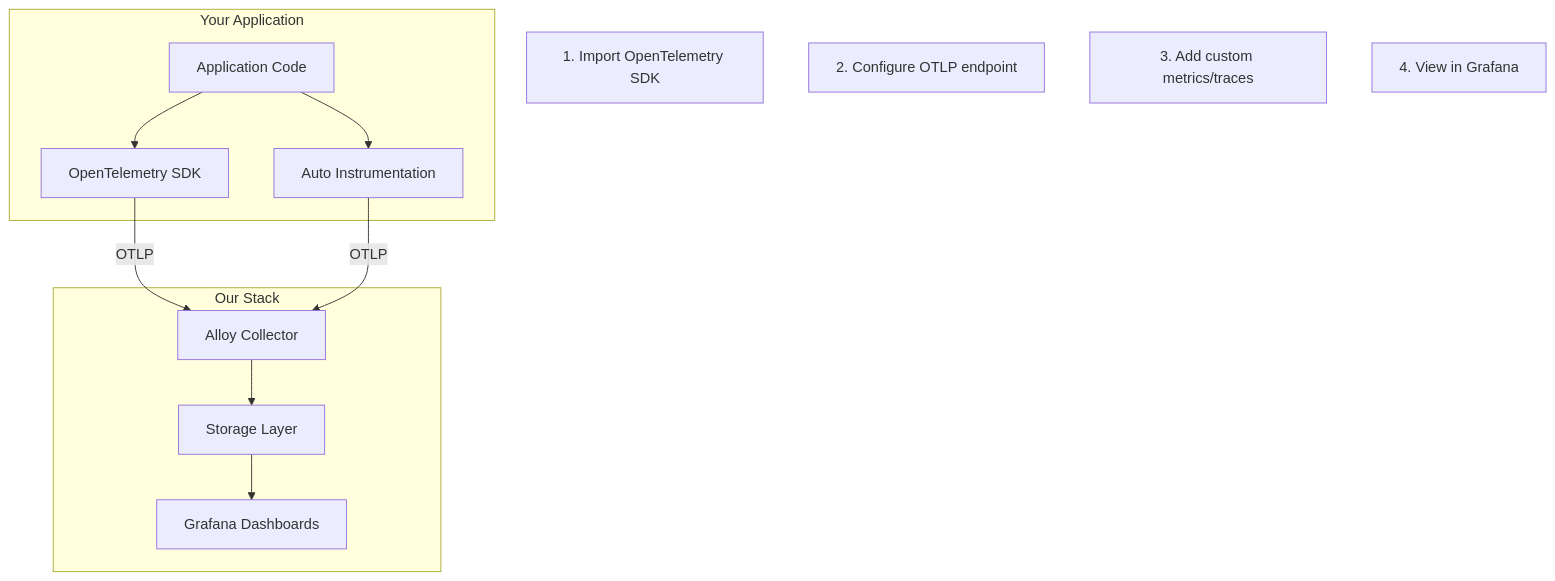
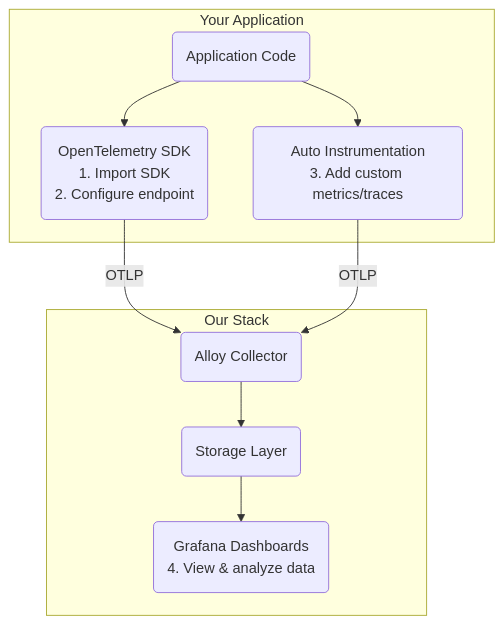
One commit to VBao/monitoring-stack changed the fifth of 6 diagrams in README.md. Above: the diagram before and after it, drawn with Mermaid. The commit also changed other lines of this file, not shown here.

Commit message:
refactor(docs): update application integration flowchart and add integration steps for OpenTelemetry

````diff
--- a/README.md
+++ b/README.md
@@ -170,26 +170,21 @@
 ```mermaid
-graph TB
+flowchart TB
     subgraph "Your Application"
-        Code[Application Code]
-        SDK[OpenTelemetry SDK]
-        Instr[Auto Instrumentation]
+        Code("Application Code")
+        SDK("OpenTelemetry SDK<br>1. Import SDK<br>2. Configure endpoint")
+        Instr("Auto Instrumentation<br>3. Add custom metrics/traces")
     end
     
     subgraph "Our Stack"
-        Alloy[Alloy Collector]
-        Store[Storage Layer]
-        Graf[Grafana Dashboards]
+        Alloy("Alloy Collector")
+        Store("Storage Layer")
+        Graf("Grafana Dashboards<br>4. View & analyze data")
     end
     
     Code --> SDK
     Code --> Instr
-    SDK -->|OTLP| Alloy
-    Instr -->|OTLP| Alloy
+    SDK -->|"OTLP"| Alloy
+    Instr -->|"OTLP"| Alloy
     Alloy --> Store
     Store --> Graf
-    
-    Note1[1. Import OpenTelemetry SDK]
-    Note2[2. Configure OTLP endpoint]
-    Note3[3. Add custom metrics/traces]
-    Note4[4. View in Grafana]
 ```
````
